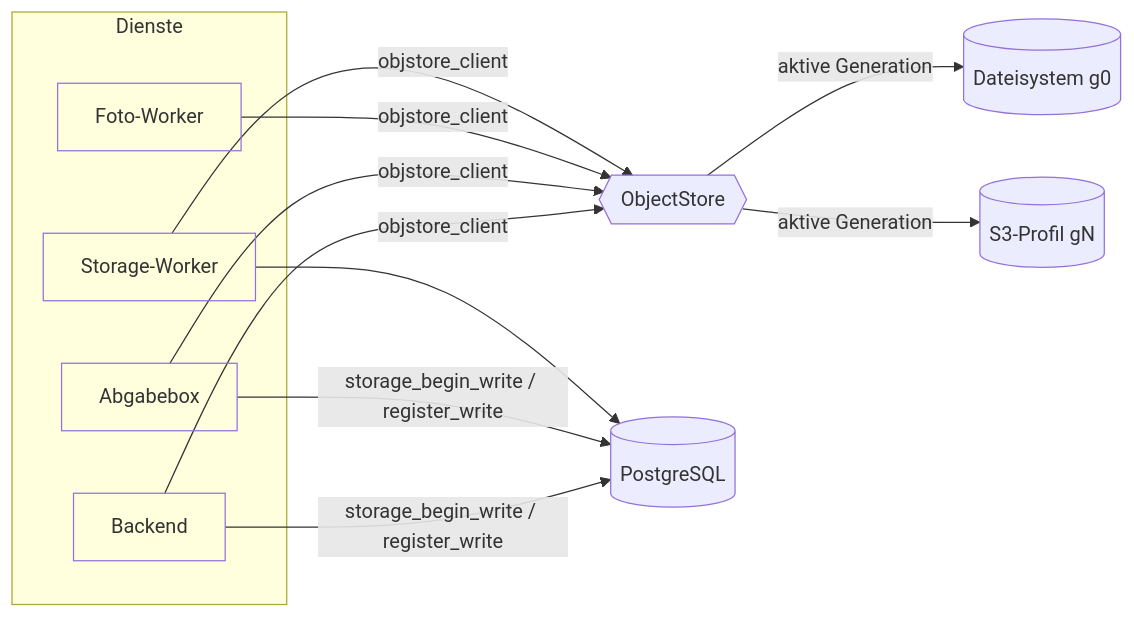
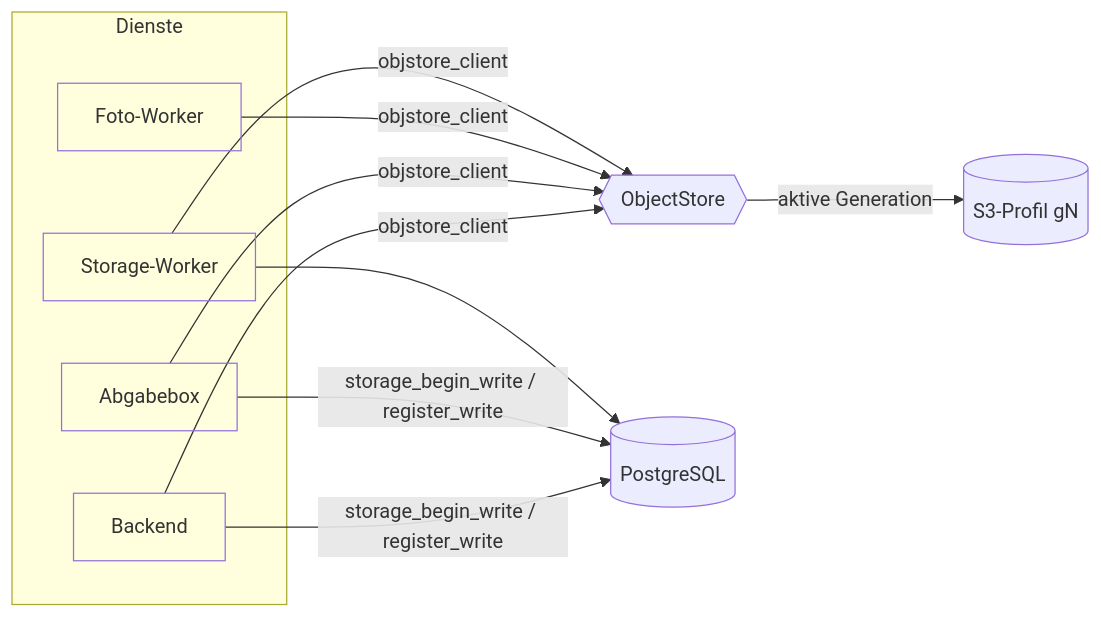
Before and after one commit to FrissBrot/hocX: the diagram in docs-site/docs/technik/storage/architektur.md, drawn with Mermaid. The commit also changed other lines of this file and 105 other files, not shown here.

````diff
--- a/docs-site/docs/technik/storage/architektur.md
+++ b/docs-site/docs/technik/storage/architektur.md
@@ -5,15 +5,14 @@
 ```mermaid
 flowchart LR
   subgraph Dienste
     BE[Backend]:::svc
     AB[Abgabebox]:::svc
     PW[Foto-Worker]:::svc
     SW[Storage-Worker]:::svc
   end
   BE & AB & PW & SW -->|objstore_client| R{{ObjectStore}}
-  R -->|aktive Generation| G0[(Dateisystem g0)]
   R -->|aktive Generation| G1[(S3-Profil gN)]
   BE & AB -->|storage_begin_write / register_write| DB[(PostgreSQL)]
   SW --> DB
   classDef svc fill:none
 ```
````
